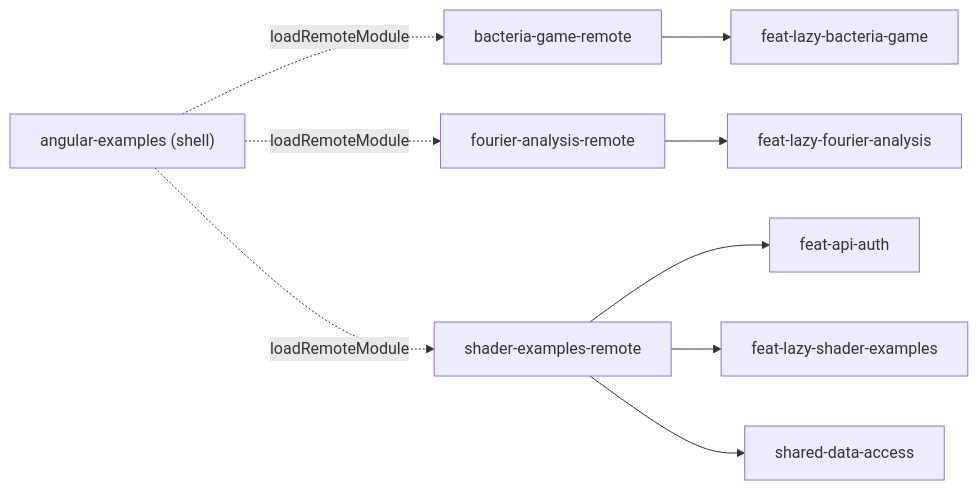
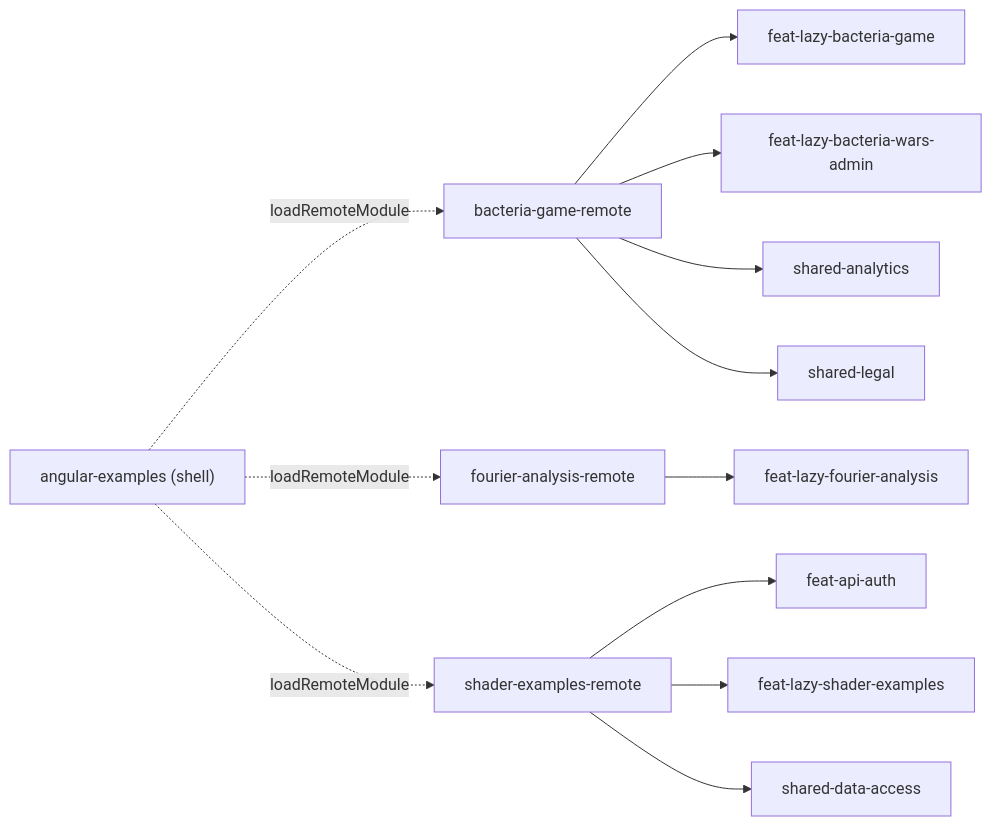
The third of 4 diagrams in docs/architecture/README.md (WolfSoko/wol-sok-mono), drawn with Mermaid before and after one commit. The commit also changed other lines of this file, not shown here.

First line of the commit message:
docs(tools): 📚️ refresh architecture diagrams

````diff
--- a/docs/architecture/README.md
+++ b/docs/architecture/README.md
@@ -97,15 +104,18 @@
 ```mermaid
 flowchart LR
   shell["angular-examples (shell)"]
   bacteria_game_remote["bacteria-game-remote"]
   shell -. "loadRemoteModule" .-> bacteria_game_remote
   bacteria_game_remote --> feat_lazy_bacteria_game["feat-lazy-bacteria-game"]
+  bacteria_game_remote --> feat_lazy_bacteria_wars_admin["feat-lazy-bacteria-wars-admin"]
+  bacteria_game_remote --> shared_analytics["shared-analytics"]
+  bacteria_game_remote --> shared_legal["shared-legal"]
   fourier_analysis_remote["fourier-analysis-remote"]
   shell -. "loadRemoteModule" .-> fourier_analysis_remote
   fourier_analysis_remote --> feat_lazy_fourier_analysis["feat-lazy-fourier-analysis"]
   shader_examples_remote["shader-examples-remote"]
   shell -. "loadRemoteModule" .-> shader_examples_remote
   shader_examples_remote --> feat_api_auth["feat-api-auth"]
   shader_examples_remote --> feat_lazy_shader_examples["feat-lazy-shader-examples"]
   shader_examples_remote --> shared_data_access["shared-data-access"]
 ```
````
